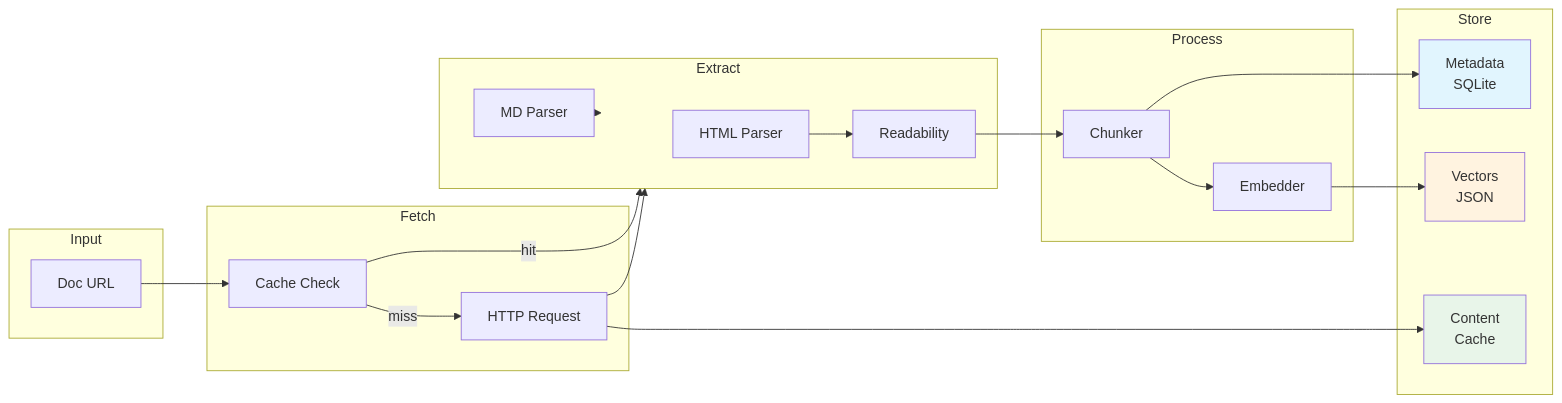
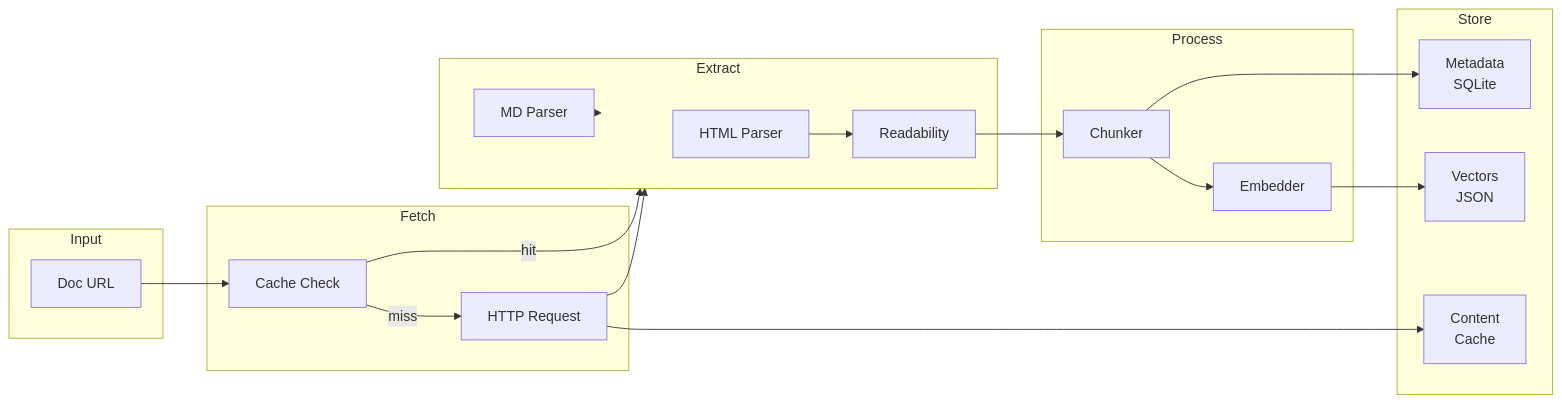
Before and after one commit to JagjeevanAK/mem-oracle: the fourth of 4 diagrams in README.md, drawn with Mermaid. The commit also changed other lines of this file and 15 other files, not shown here.

````diff
--- a/README.md
+++ b/README.md
@@ -309,44 +322,40 @@
 ```mermaid
 flowchart LR
     subgraph Input
         URL[Doc URL]
     end
 
     subgraph Fetch
         HTTP[HTTP Request]
         CACHE[Cache Check]
     end
 
     subgraph Extract
         HTML[HTML Parser]
         MD[MD Parser]
         READ[Readability]
     end
 
     subgraph Process
         CHUNK[Chunker]
         EMBED[Embedder]
     end
 
     subgraph Store
         META[Metadata<br/>SQLite]
         VEC[Vectors<br/>JSON]
         CONT[Content<br/>Cache]
     end
 
     URL --> CACHE
     CACHE -->|miss| HTTP
     CACHE -->|hit| Extract
     HTTP --> CONT
     HTTP --> Extract
     HTML --> READ
     MD --> Extract
     READ --> CHUNK
     CHUNK --> EMBED
     EMBED --> VEC
     CHUNK --> META
-    
-    style META fill:#e1f5fe
-    style VEC fill:#fff3e0
-    style CONT fill:#e8f5e9
 ```
````
